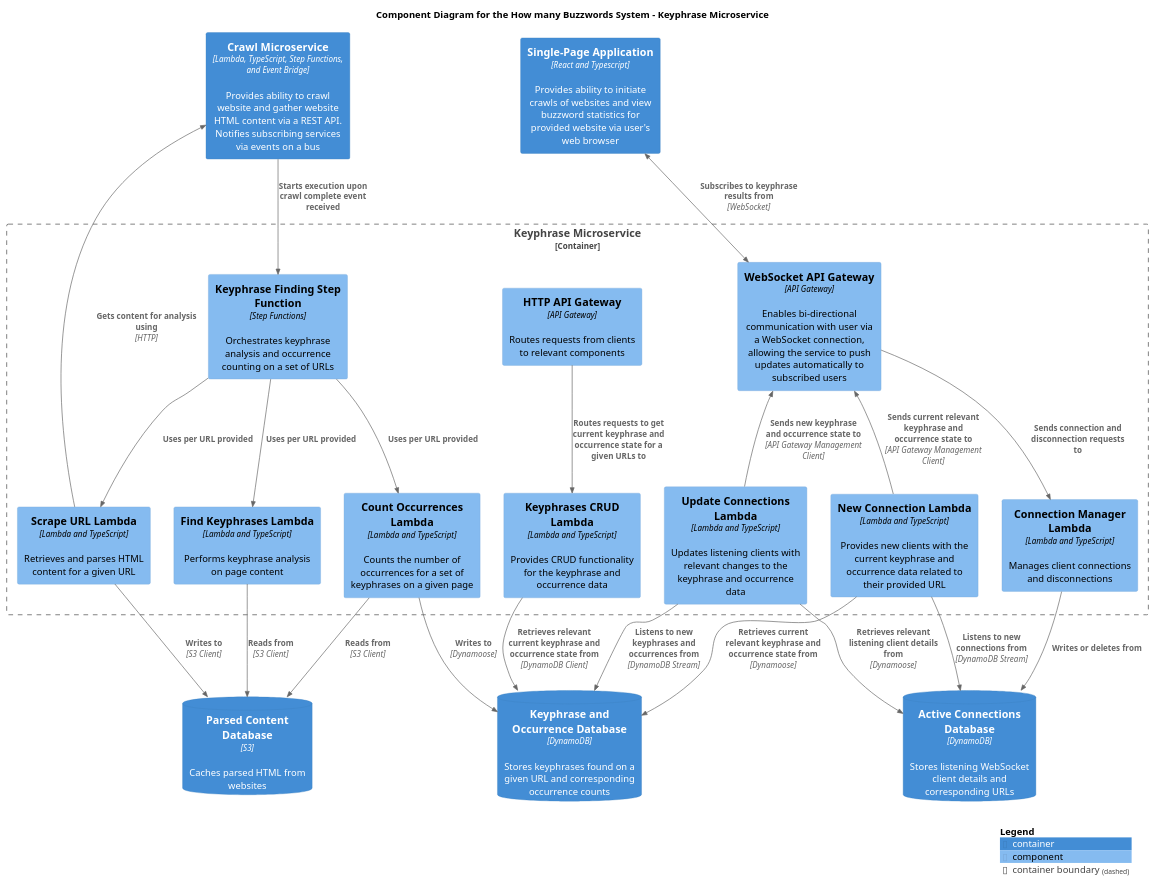
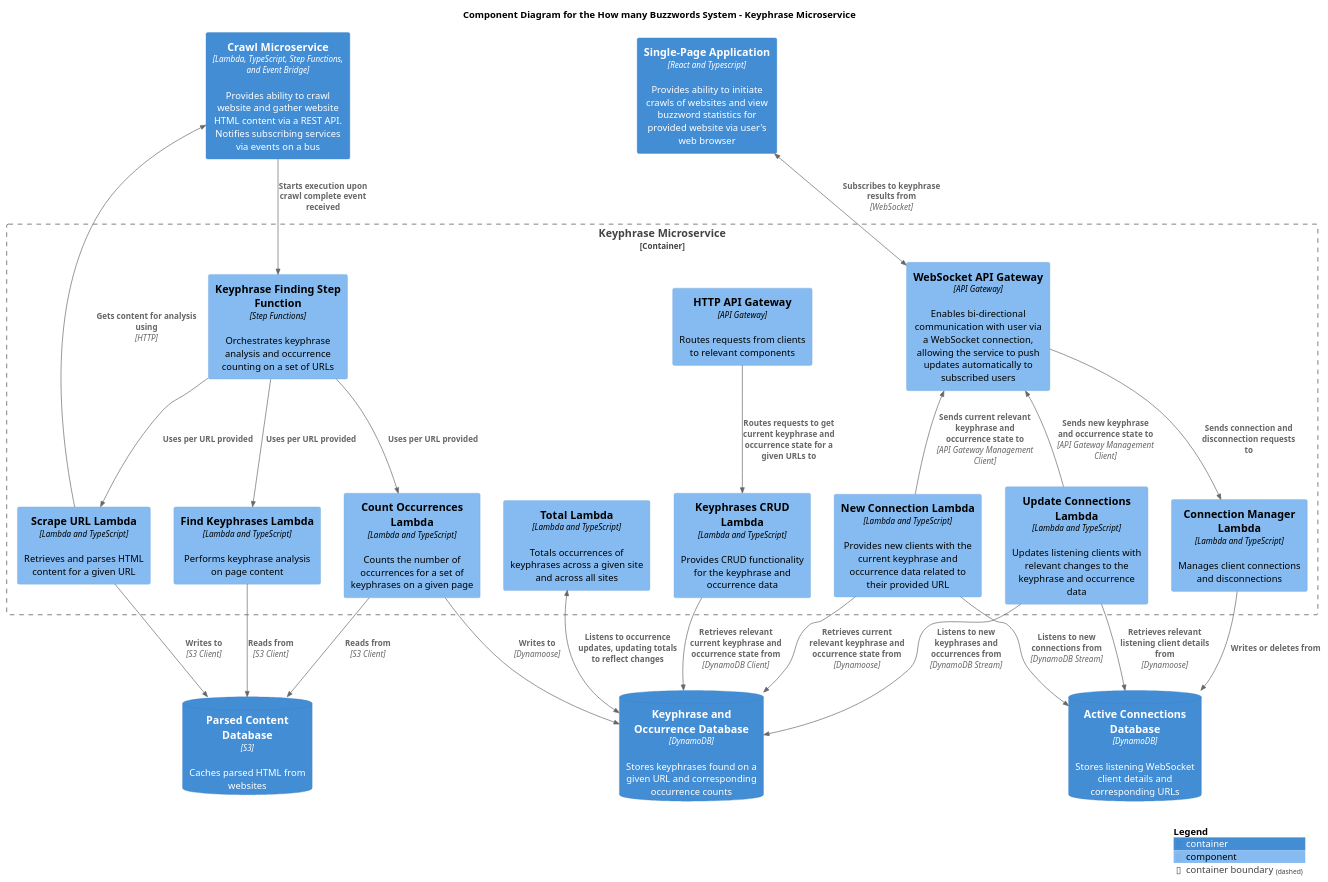
Before and after one commit to ashley-evans/how-many-buzzwords: the diagram in docs/c4-diagrams/buzzword-c4-component-keyphrase-microservice.puml, drawn with PlantUML.

Commit message:
Update keyphrase service component diagram to include total lambda and relationships

```diff
--- a/docs/c4-diagrams/buzzword-c4-component-keyphrase-microservice.puml
+++ b/docs/c4-diagrams/buzzword-c4-component-keyphrase-microservice.puml
@@ -1,63 +1,67 @@
 @startuml Buzzword C4 Component Diagram
 
 !include https://raw.githubusercontent.com/plantuml-stdlib/C4-PlantUML/master/C4_Component.puml
 
 title Component Diagram for the How many Buzzwords System - Keyphrase Microservice
 
 Container(single_page_application, "Single-Page Application", "React and Typescript", $descr="Provides ability to initiate crawls of websites and view buzzword statistics for provided website via user's web browser")
 Container(crawl_microservice, "Crawl Microservice", "Lambda, TypeScript, Step Functions, and Event Bridge", $descr="Provides ability to crawl website and gather website HTML content via a REST API. Notifies subscribing services via events on a bus")
 
 Container_Boundary(keyphrase_microservice_boundary, "Keyphrase Microservice") {
     Component(http_api_gateway, "HTTP API Gateway", "API Gateway", "Routes requests from clients to relevant components")
     Component(ws_api_gateway, "WebSocket API Gateway", "API Gateway", "Enables bi-directional communication with user via a WebSocket connection, allowing the service to push updates automatically to subscribed users")
     Component(step_function, "Keyphrase Finding Step Function", "Step Functions", "Orchestrates keyphrase analysis and occurrence counting on a set of URLs")
     Component(scrape_url_lambda, "Scrape URL Lambda", "Lambda and TypeScript", "Retrieves and parses HTML content for a given URL")
     Component(find_keyphrases_lambda, "Find Keyphrases Lambda", "Lambda and TypeScript", "Performs keyphrase analysis on page content")
     Component(count_occurrences_lambda, "Count Occurrences Lambda", "Lambda and TypeScript", "Counts the number of occurrences for a set of keyphrases on a given page")
     Component(crud_lambda, "Keyphrases CRUD Lambda", "Lambda and TypeScript", "Provides CRUD functionality for the keyphrase and occurrence data")
+    Component(total_lambda, "Total Lambda", "Lambda and TypeScript", "Totals occurrences of keyphrases across a given site and across all sites")
     Component(update_connections_lambda, "Update Connections Lambda", "Lambda and TypeScript", "Updates listening clients with relevant changes to the keyphrase and occurrence data")
     Component(new_connection_lambda, "New Connection Lambda", "Lambda and TypeScript", "Provides new clients with the current keyphrase and occurrence data related to their provided URL")
     Component(connection_manager_lambda, "Connection Manager Lambda", "Lambda and TypeScript", "Manages client connections and disconnections")
 }
 
 ContainerDb(keyphrase_db, "Keyphrase and Occurrence Database", "DynamoDB", "Stores keyphrases found on a given URL and corresponding occurrence counts")
 ContainerDb(active_connections_db, "Active Connections Database", "DynamoDB", "Stores listening WebSocket client details and corresponding URLs")
 ContainerDb(parsed_content_db, "Parsed Content Database", "S3", "Caches parsed HTML from websites")
 
 Rel(http_api_gateway, crud_lambda, "Routes requests to get current keyphrase and occurrence state for a given URLs to")
 
 Rel(crud_lambda, keyphrase_db, "Retrieves relevant current keyphrase and occurrence state from", "DynamoDB Client")
 
 BiRel_D(single_page_application, ws_api_gateway, "Subscribes to keyphrase results from", "WebSocket")
 
 Rel_D(ws_api_gateway, connection_manager_lambda, "Sends connection and disconnection requests to")
 
 Rel(connection_manager_lambda, active_connections_db, "Writes or deletes from")
 
 Rel(new_connection_lambda, active_connections_db, "Listens to new connections from", "DynamoDB Stream")
 Rel(new_connection_lambda, keyphrase_db, "Retrieves current relevant keyphrase and occurrence state from", "Dynamoose")
 Rel_U(new_connection_lambda, ws_api_gateway, "Sends current relevant keyphrase and occurrence state to",  "API Gateway Management Client")
 
 Rel(crawl_microservice, step_function, "Starts execution upon crawl complete event received")
 
 Rel(step_function, scrape_url_lambda, "Uses per URL provided")
 Rel(step_function, find_keyphrases_lambda, "Uses per URL provided")
 Rel(step_function, count_occurrences_lambda, "Uses per URL provided")
 
 Rel(scrape_url_lambda, crawl_microservice, "Gets content for analysis using", "HTTP")
 Rel(scrape_url_lambda, parsed_content_db, "Writes to", "S3 Client")
 
 Rel(find_keyphrases_lambda, parsed_content_db, "Reads from", "S3 Client")
 
 Rel(count_occurrences_lambda, keyphrase_db, "Writes to", "Dynamoose")
 Rel(count_occurrences_lambda, parsed_content_db, "Reads from", "S3 Client")
 
 Rel(update_connections_lambda, keyphrase_db, "Listens to new keyphrases and occurrences from", "DynamoDB Stream")
 Rel(update_connections_lambda, active_connections_db, "Retrieves relevant listening client details from", "Dynamoose")
 Rel_U(update_connections_lambda, ws_api_gateway, "Sends new keyphrase and occurrence state to", "API Gateway Management Client")
 
+BiRel(total_lambda, keyphrase_db, "Listens to occurrence updates, updating totals to reflect changes")
+
 Lay_L(single_page_application, crawl_microservice)
+Lay_R(total_lambda, crud_lambda)
 
 SHOW_LEGEND()
 
 @enduml
```
